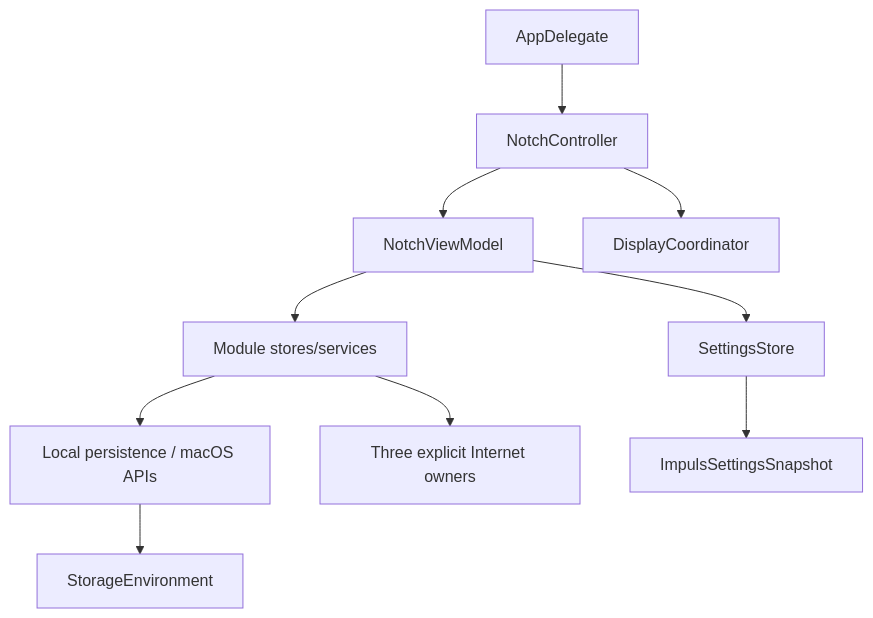
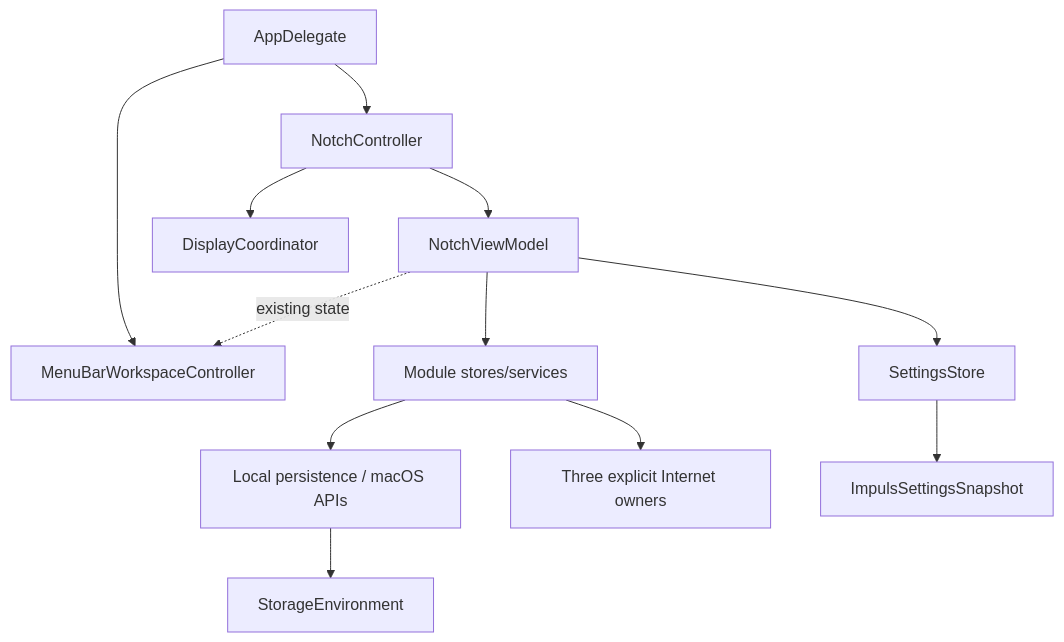
One commit to TumanovNV/impuls changed the diagram in knowledge-base/12-reference/core-type-reference.md. Above: the diagram before and after it, drawn with Mermaid. The commit also changed other lines of this file, not shown here.

````diff
--- a/knowledge-base/12-reference/core-type-reference.md
+++ b/knowledge-base/12-reference/core-type-reference.md
@@ -21,14 +21,16 @@
 ```mermaid
 flowchart TD
     APP[AppDelegate] --> CTRL[NotchController]
+    APP --> MB[MenuBarWorkspaceController]
     CTRL --> VM[NotchViewModel]
     CTRL --> DISP[DisplayCoordinator]
     VM --> MOD[Module stores/services]
     VM --> SETTINGS[SettingsStore]
+    VM -.existing state.-> MB
 
     MOD --> LOCAL[Local persistence / macOS APIs]
     MOD --> NET[Three explicit Internet owners]
 
     SETTINGS --> SNAP[ImpulsSettingsSnapshot]
     LOCAL --> ENV[StorageEnvironment]
 ```
````
